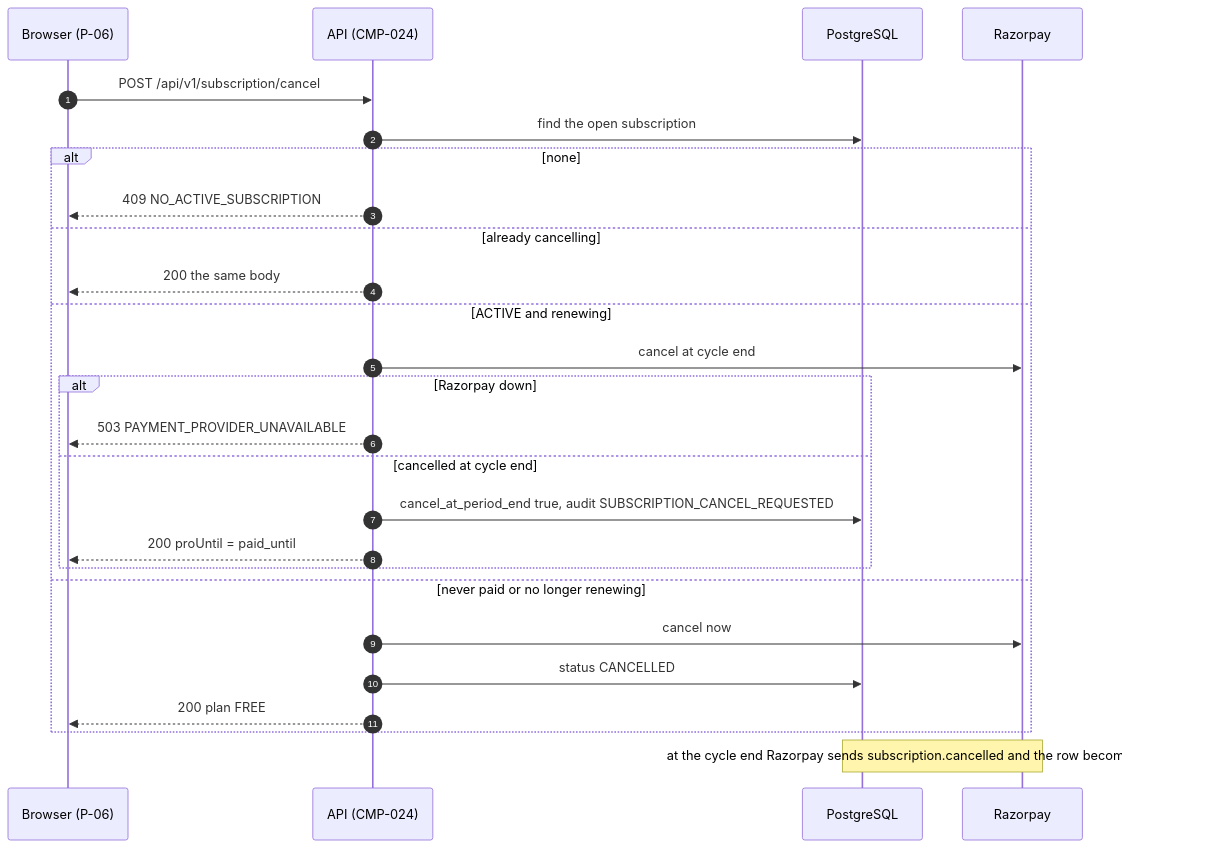
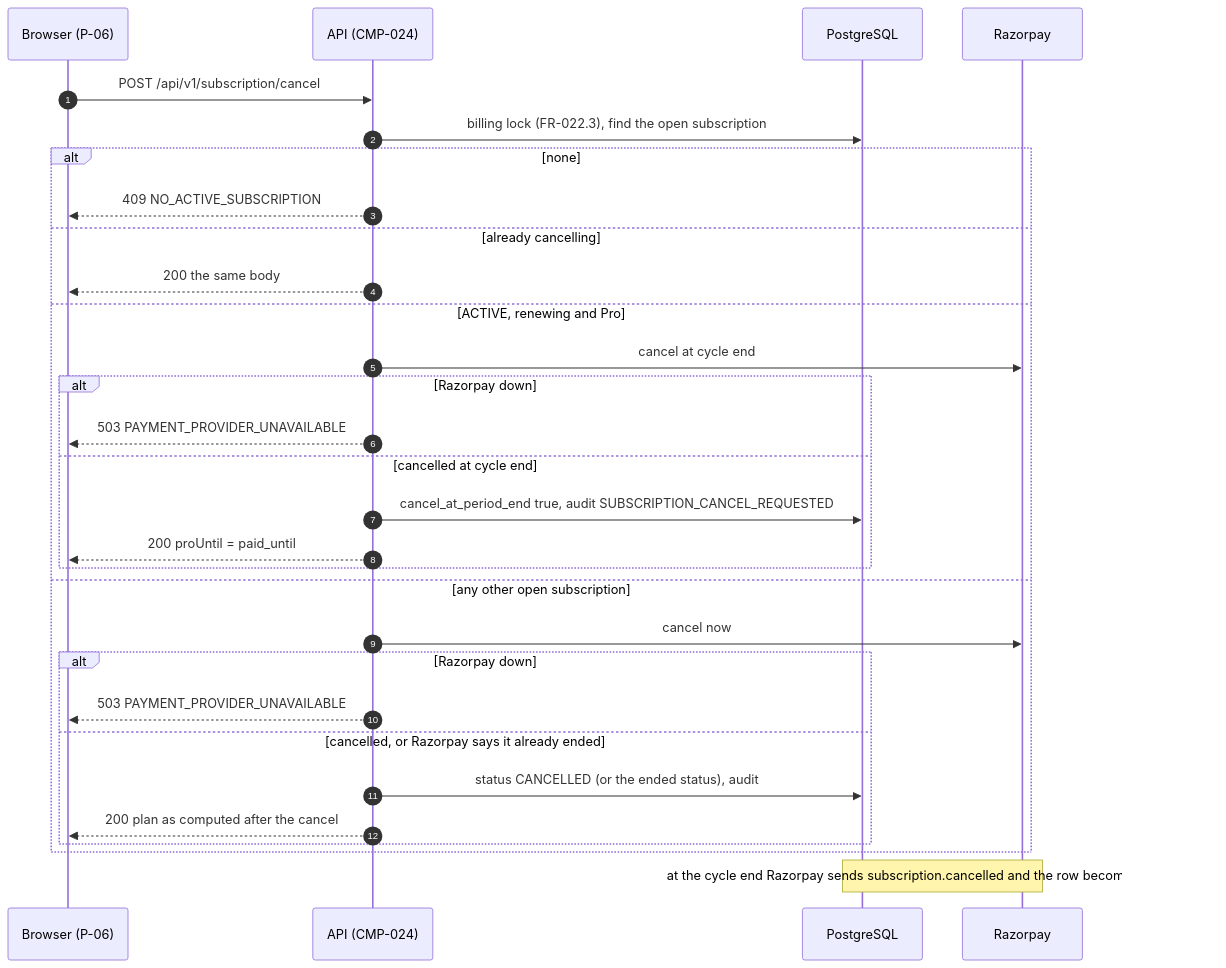
Before and after one commit to divii-school/spec-homework: diagram 13 of 15 in neeraj/spec.md, drawn with Mermaid. The commit also changed other lines of this file and 1 other file, not shown here.

Commit message:
round 2 review fixes (v2.1): exact webhook/stale rules, plan cache validUntil, billing lock, resubscribe after cancel, erasure PRO counters, ERR-042, deprecate OOS-002/OOS-012, stale v1 text, traceability ranges

````diff
--- a/neeraj/spec.md
+++ b/neeraj/spec.md
@@ -1167,28 +1196,32 @@
 ```mermaid
 sequenceDiagram
   autonumber
   participant B as Browser (P-06)
   participant A as API (CMP-024)
   participant D as PostgreSQL
   participant R as Razorpay
   B->>A: POST /api/v1/subscription/cancel
-  A->>D: find the open subscription
+  A->>D: billing lock (FR-022.3), find the open subscription
   alt none
     A-->>B: 409 NO_ACTIVE_SUBSCRIPTION
   else already cancelling
     A-->>B: 200 the same body
-  else ACTIVE and renewing
+  else ACTIVE, renewing and Pro
     A->>R: cancel at cycle end
     alt Razorpay down
       A-->>B: 503 PAYMENT_PROVIDER_UNAVAILABLE
     else cancelled at cycle end
       A->>D: cancel_at_period_end true, audit SUBSCRIPTION_CANCEL_REQUESTED
       A-->>B: 200 proUntil = paid_until
     end
-  else never paid or no longer renewing
+  else any other open subscription
     A->>R: cancel now
-    A->>D: status CANCELLED
-    A-->>B: 200 plan FREE
+    alt Razorpay down
+      A-->>B: 503 PAYMENT_PROVIDER_UNAVAILABLE
+    else cancelled, or Razorpay says it already ended
+      A->>D: status CANCELLED (or the ended status), audit
+      A-->>B: 200 plan as computed after the cancel
+    end
   end
   Note over R,D: at the cycle end Razorpay sends subscription.cancelled and the row becomes CANCELLED
 ```
````
